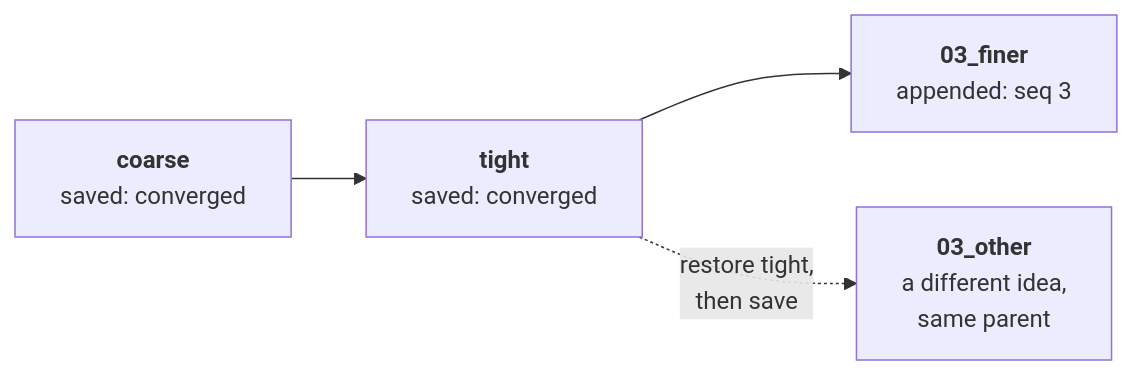
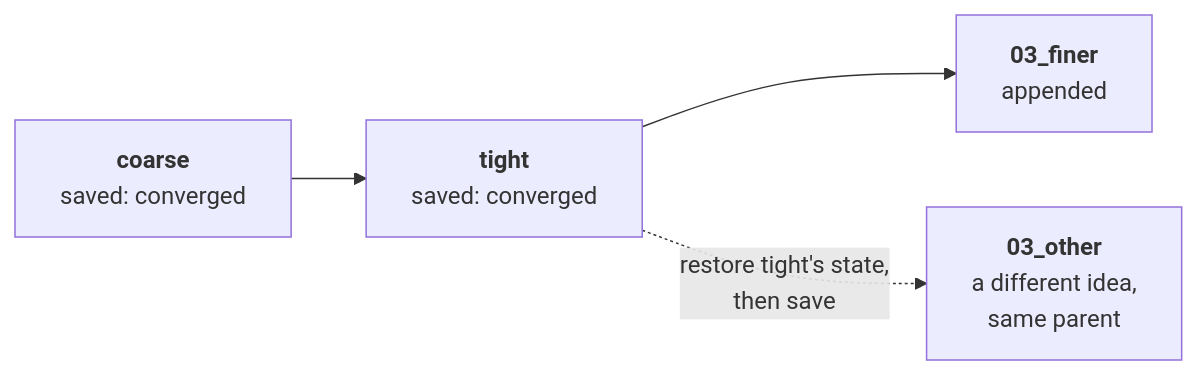
Before and after one commit to Qing-LAB/molbuilder: the second of 2 diagrams in docs/execution/worked-example.md, drawn with Mermaid. The commit also changed other lines of this file and 30 other files, not shown here.

````diff
--- a/docs/execution/worked-example.md
+++ b/docs/execution/worked-example.md
@@ -341,6 +425,6 @@
 ```mermaid
 flowchart LR
     A["<b>coarse</b><br/>saved: converged"] --> B["<b>tight</b><br/>saved: converged"]
-    B --> C["<b>03_finer</b><br/>appended: seq 3"]
-    B -.->|"restore tight,<br/>then save"| D["<b>03_other</b><br/>a different idea,<br/>same parent"]
+    B --> C["<b>03_finer</b><br/>appended"]
+    B -.->|"restore tight's state,<br/>then save"| D["<b>03_other</b><br/>a different idea,<br/>same parent"]
 ```
````
